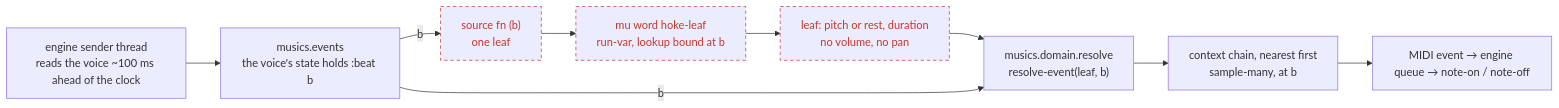
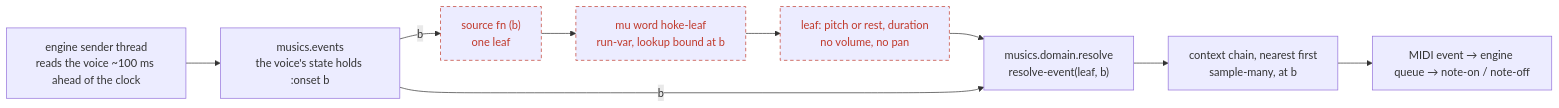
Before and after one commit to gebdevalk/musics: the first of 4 diagrams in doc/md/hoketus-dynamic.md, drawn with Mermaid. The commit also changed other lines of this file and 29 other files, not shown here.

Commit message:
beat is onset: the position a voice that is a function of onset is asked at ($onset, :onset in events, voices and the lookup); beat stays for the meter's beats

````diff
--- a/doc/md/hoketus-dynamic.md
+++ b/doc/md/hoketus-dynamic.md
@@ -11,20 +11,20 @@
 ```mermaid
 flowchart LR
   engine["engine sender thread<br/>reads the voice ~100 ms ahead of the clock"]
-  events["musics.events<br/>the voice's state holds :beat b"]
+  events["musics.events<br/>the voice's state holds :onset b"]
   source["source fn (b)<br/>one leaf"]
   word["mu word hoke-leaf<br/>run-var, lookup bound at b"]
   leaf["leaf: pitch or rest, duration<br/>no volume, no pan"]
   resolve["musics.domain.resolve<br/>resolve-event(leaf, b)"]
   chain["context chain, nearest first<br/>sample-many, at b"]
   midi["MIDI event → engine queue → note-on / note-off"]
 
   engine --> events
   events -- "b" --> source --> word --> leaf
   leaf --> resolve
   events -- "b" --> resolve
   resolve --> chain --> midi
 
   classDef planned stroke-dasharray: 5 4,stroke:#c0392b,color:#c0392b
   class source,word,leaf planned
 ```
````
